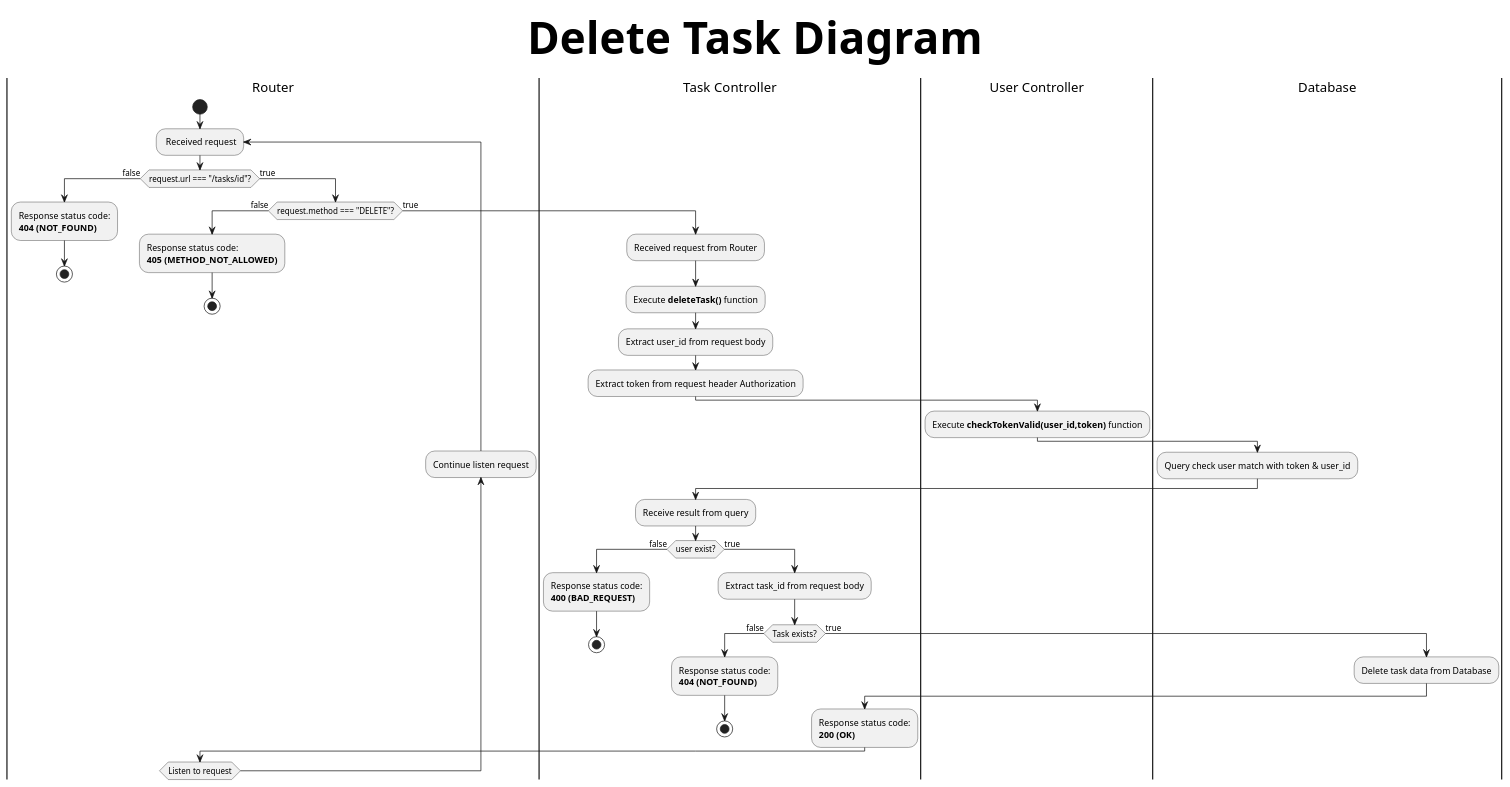
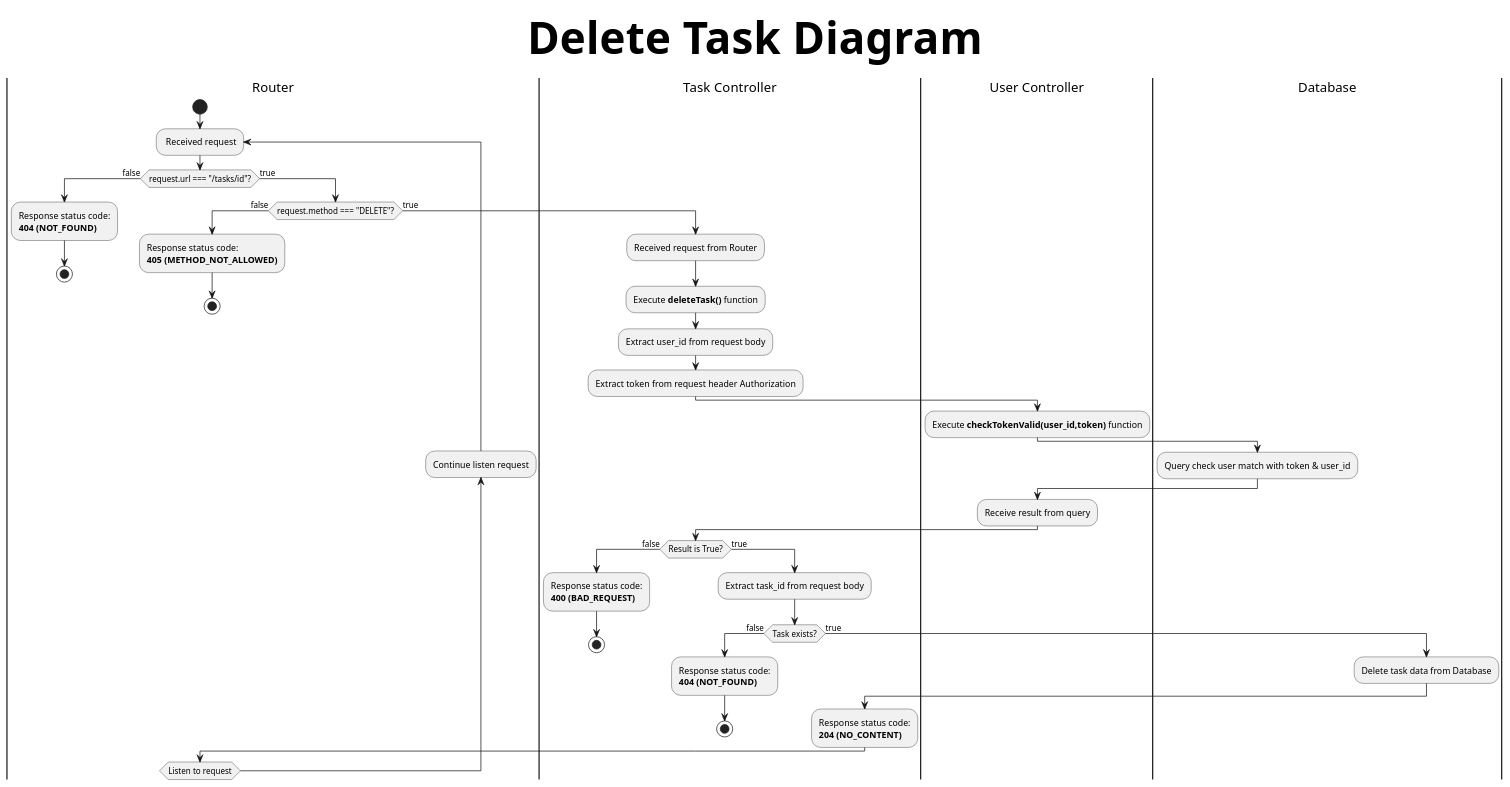
Before and after one commit to DoanLe2k1/TodoApp-API: the diagram in diagrams/taskDiagrams/deleteTaskDiagram.pu, drawn with PlantUML. The commit also changed 2 other files, not shown here.

```diff
--- a/diagrams/taskDiagrams/deleteTaskDiagram.pu
+++ b/diagrams/taskDiagrams/deleteTaskDiagram.pu
@@ -1,54 +1,55 @@
 title Delete Task Diagram
 skinparam titleFontSize 60
 |Router|
 start
 repeat: Received request
 if (request.url === "/tasks/id"?) then (false)
     :Response status code:
     **404 (NOT_FOUND)**;
     stop
 
 else (true)
     if (request.method === "DELETE"?) then (false)
         :Response status code:
         **405 (METHOD_NOT_ALLOWED)**;
         stop
 
     else (true)
         |Task Controller|
         :Received request from Router;
         :Execute **deleteTask()** function;
         :Extract user_id from request body;
         :Extract token from request header Authorization;
         |User Controller|
         :Execute **checkTokenValid(user_id,token)** function;
         |Database|
         :Query check user match with token & user_id;
+        |User Controller|
+        :Receive result from query;
         |Task Controller|
-        :Receive result from query;
-        if (user exist?) then (false)
+        if (Result is True?) then (false)
             :Response status code:
             **400 (BAD_REQUEST)**;
             'Validation failed
             stop
         else (true)
             :Extract task_id from request body;
             if (Task exists?) then (false)
                 :Response status code:
                 **404 (NOT_FOUND)**;
                 'Task not found
                 stop
             else (true)
                 |Database|
                 :Delete task data from Database;
                 |Task Controller|
                 :Response status code:
-                **200 (OK)**;
+                **204 (NO_CONTENT)**;
             endif
         endif
     endif
 endif
 |Router|
 backward:Continue listen request;
 repeat while (Listen to request)
 @enduml
```
